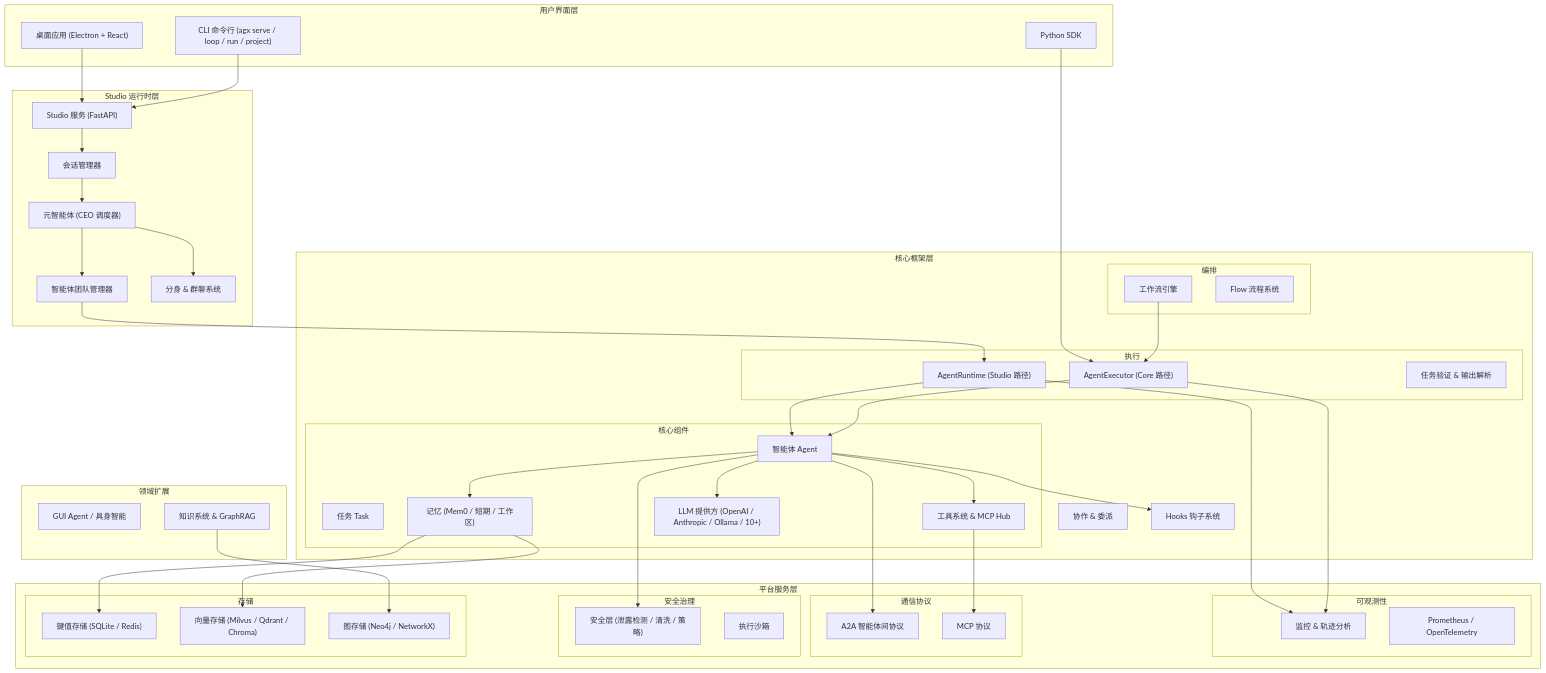
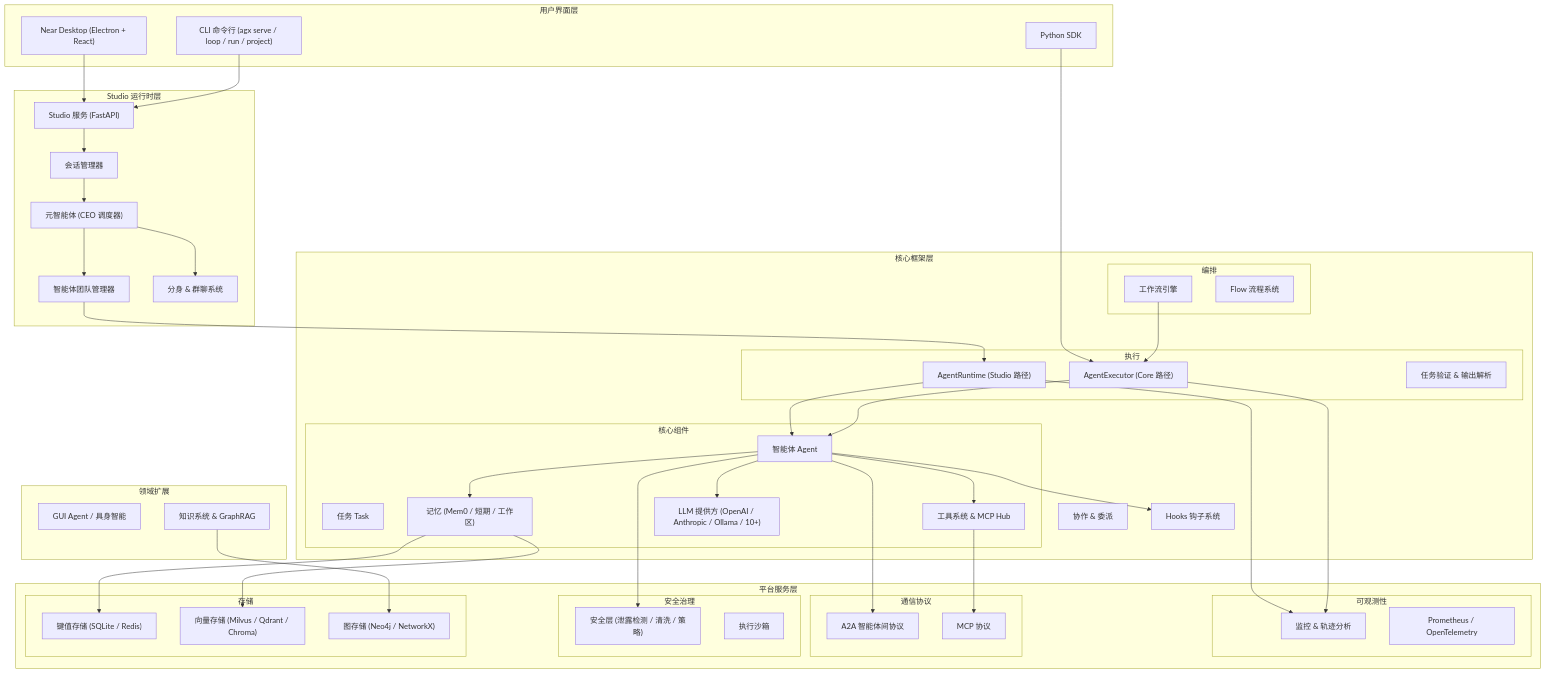
The second of 2 diagrams in README_ZN.md (DemonDamon/AgenticX), drawn with Mermaid before and after one commit. The commit also changed other lines of this file and 2 other files, not shown here.

````diff
--- a/README_ZN.md
+++ b/README_ZN.md
@@ -426,7 +478,7 @@
 ```mermaid
 graph TD
     subgraph "用户界面层"
-        Desktop["桌面应用 (Electron + React)"]
+        Desktop["Near Desktop (Electron + React)"]
         CLI["CLI 命令行 (agx serve / loop / run / project)"]
         SDK[Python SDK]
     end
````
